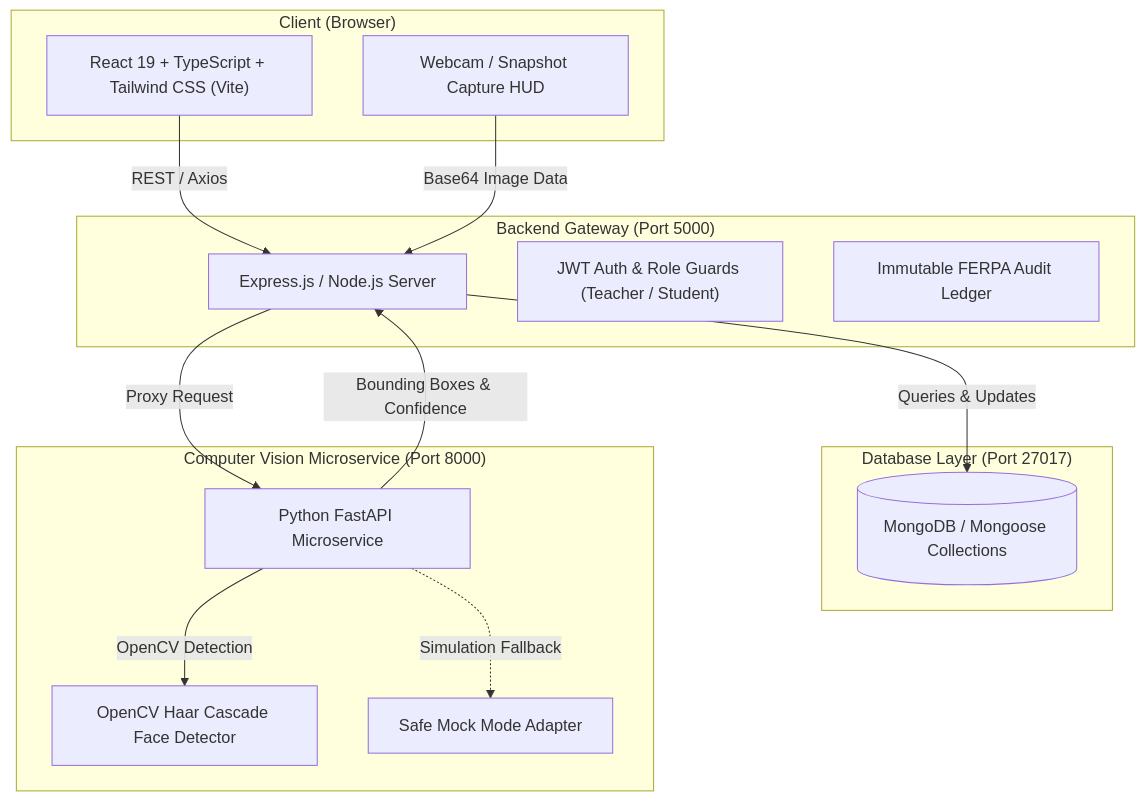
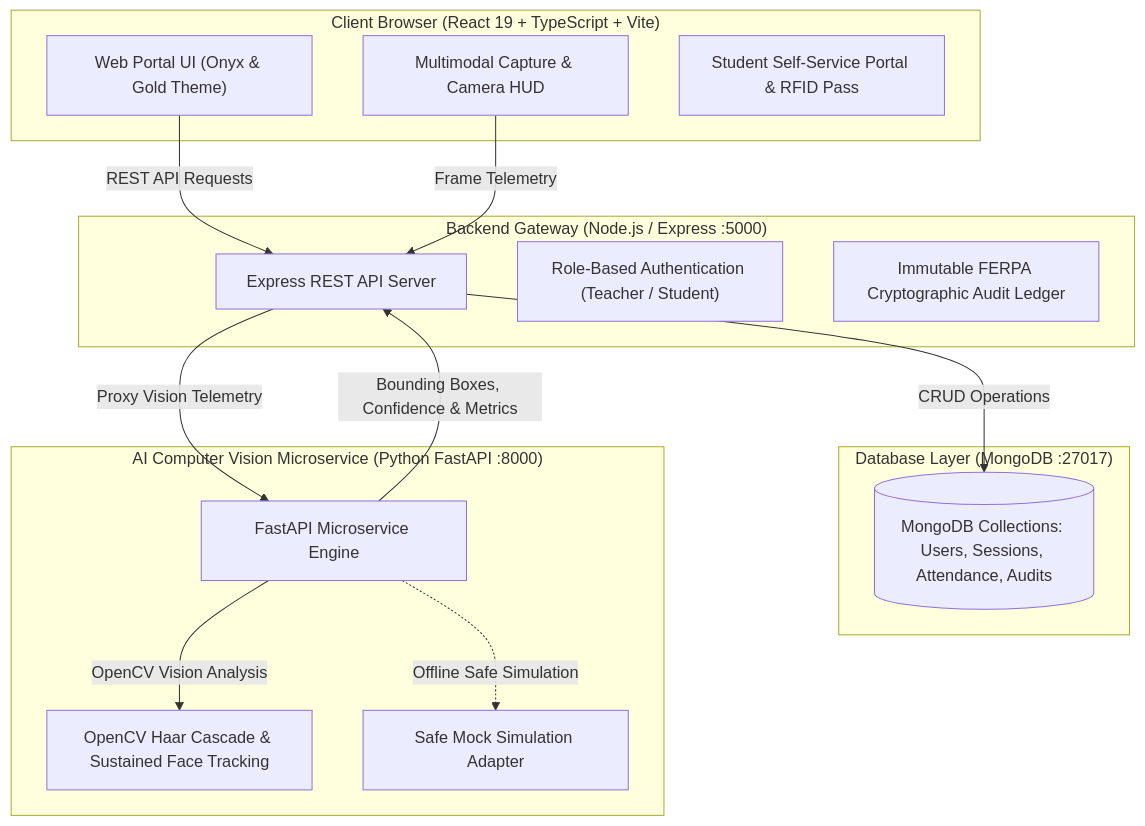
The diagram in README.md (mohini-yadav10/AttendAI), drawn with Mermaid before and after one commit. The commit also changed other lines of this file and 19 other files, not shown here.

````diff
--- a/README.md
+++ b/README.md
@@ -16,31 +60,32 @@
 ```mermaid
 flowchart TD
-    subgraph Client ["Client (Browser)"]
-        UI["React 19 + TypeScript + Tailwind CSS (Vite)"]
-        LiveCam["Webcam / Snapshot Capture HUD"]
+    subgraph Client ["Client Browser (React 19 + TypeScript + Vite)"]
+        UI["Web Portal UI (Onyx & Gold Theme)"]
+        TeacherHUD["Multimodal Capture & Camera HUD"]
+        StudentPortal["Student Self-Service Portal & RFID Pass"]
     end
 
-    subgraph BackendGateway ["Backend Gateway (Port 5000)"]
-        Express["Express.js / Node.js Server"]
-        JWT["JWT Auth & Role Guards (Teacher / Student)"]
-        Audit["Immutable FERPA Audit Ledger"]
+    subgraph BackendGateway ["Backend Gateway (Node.js / Express :5000)"]
+        Express["Express REST API Server"]
+        JWT["Role-Based Authentication (Teacher / Student)"]
+        AuditLedger["Immutable FERPA Cryptographic Audit Ledger"]
     end
 
-    subgraph Database ["Database Layer (Port 27017)"]
-        Mongo[("MongoDB / Mongoose Collections")]
+    subgraph DatabaseLayer ["Database Layer (MongoDB :27017)"]
+        Mongo[("MongoDB Collections: Users, Sessions, Attendance, Audits")]
     end
 
-    subgraph VisionService ["Computer Vision Microservice (Port 8000)"]
-        FastAPI["Python FastAPI Microservice"]
-        OpenCV["OpenCV Haar Cascade Face Detector"]
-        MockEngine["Safe Mock Mode Adapter"]
+    subgraph VisionService ["AI Computer Vision Microservice (Python FastAPI :8000)"]
+        FastAPI["FastAPI Microservice Engine"]
+        OpenCV["OpenCV Haar Cascade & Sustained Face Tracking"]
+        MockEngine["Safe Mock Simulation Adapter"]
     end
 
-    UI -->|REST / Axios| Express
-    LiveCam -->|Base64 Image Data| Express
-    Express -->|Proxy Request| FastAPI
-    Express -->|Queries & Updates| Mongo
-    FastAPI -->|OpenCV Detection| OpenCV
-    FastAPI -.->|Simulation Fallback| MockEngine
-    FastAPI -->|Bounding Boxes & Confidence| Express
+    UI -->|REST API Requests| Express
+    TeacherHUD -->|Frame Telemetry| Express
+    Express -->|Proxy Vision Telemetry| FastAPI
+    Express -->|CRUD Operations| Mongo
+    FastAPI -->|OpenCV Vision Analysis| OpenCV
+    FastAPI -.->|Offline Safe Simulation| MockEngine
+    FastAPI -->|Bounding Boxes, Confidence & Metrics| Express
 ```
````
